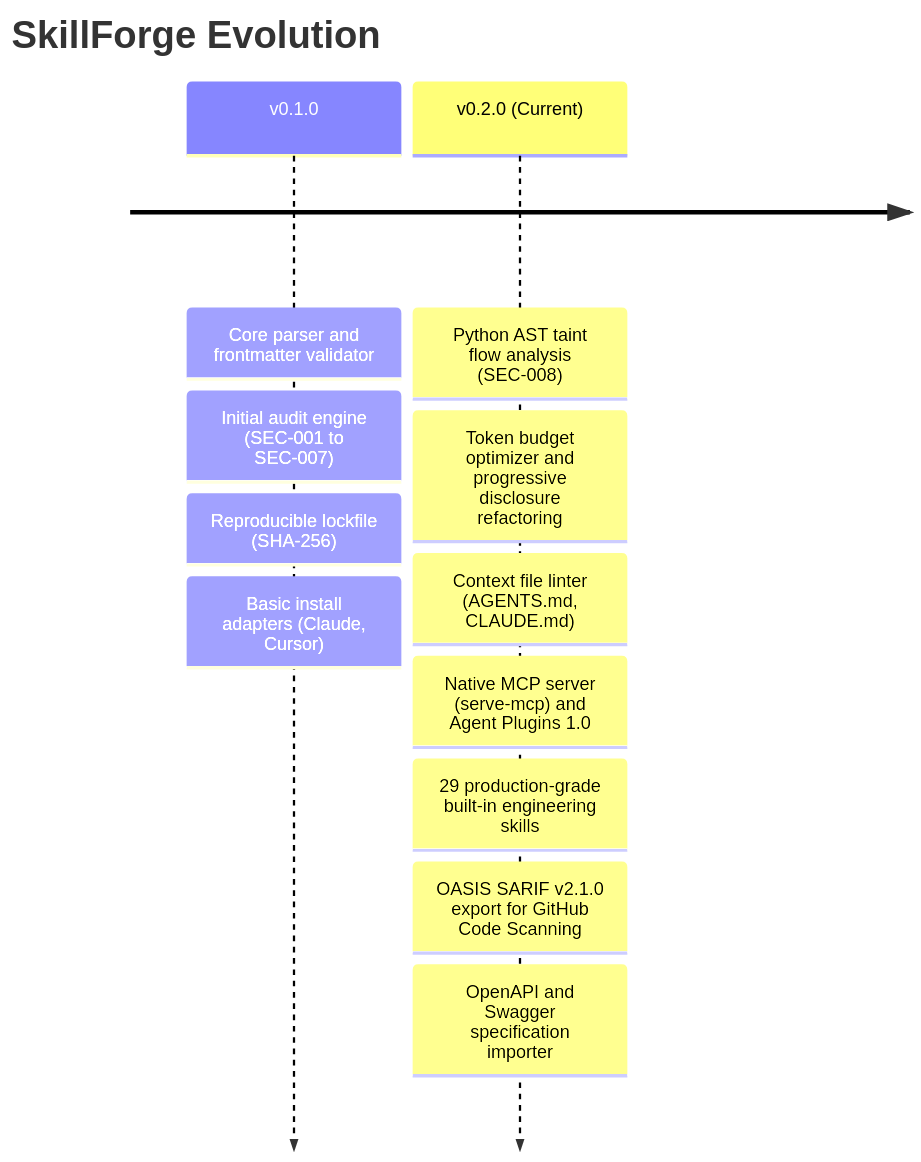
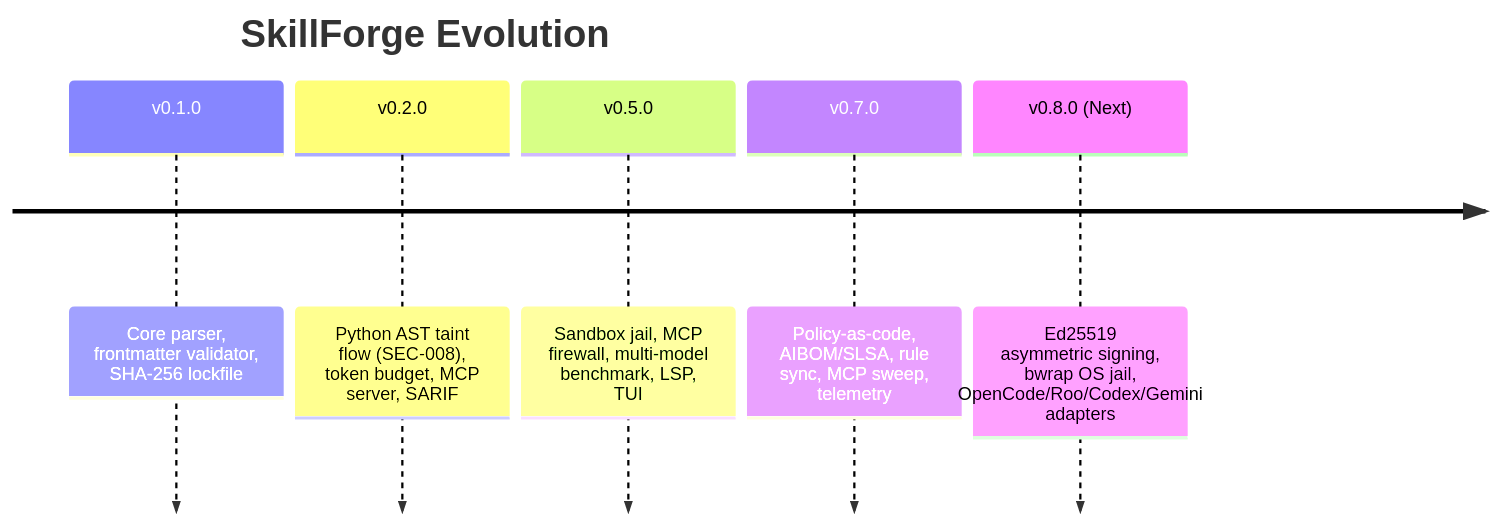
Before and after one commit to gintingism/skillforge: the diagram in wiki/Roadmap-and-Status.md, drawn with Mermaid. The commit also changed 14 other files, not shown here.

Commit message:
feat(v0.8.0): add Ed25519 signing, bwrap sandbox, new adapters, MCP tools, and caveman rules

````diff
--- a/wiki/Roadmap-and-Status.md
+++ b/wiki/Roadmap-and-Status.md
@@ -18,15 +18,9 @@
 ```mermaid
 timeline
     title SkillForge Evolution
-    v0.1.0 : Core parser and frontmatter validator
-           : Initial audit engine (SEC-001 to SEC-007)
-           : Reproducible lockfile (SHA-256)
-           : Basic install adapters (Claude, Cursor)
-    v0.2.0 (Current) : Python AST taint flow analysis (SEC-008)
-                     : Token budget optimizer and progressive disclosure refactoring
-                     : Context file linter (AGENTS.md, CLAUDE.md)
-                     : Native MCP server (serve-mcp) and Agent Plugins 1.0
-                     : 29 production-grade built-in engineering skills
-                     : OASIS SARIF v2.1.0 export for GitHub Code Scanning
-                     : OpenAPI and Swagger specification importer
+    v0.1.0 : Core parser, frontmatter validator, SHA-256 lockfile
+    v0.2.0 : Python AST taint flow (SEC-008), token budget, MCP server, SARIF
+    v0.5.0 : Sandbox jail, MCP firewall, multi-model benchmark, LSP, TUI
+    v0.7.0 : Policy-as-code, AIBOM/SLSA, rule sync, MCP sweep, telemetry
+    v0.8.0 (Next) : Ed25519 asymmetric signing, bwrap OS jail, OpenCode/Roo/Codex/Gemini adapters
 ```
````
